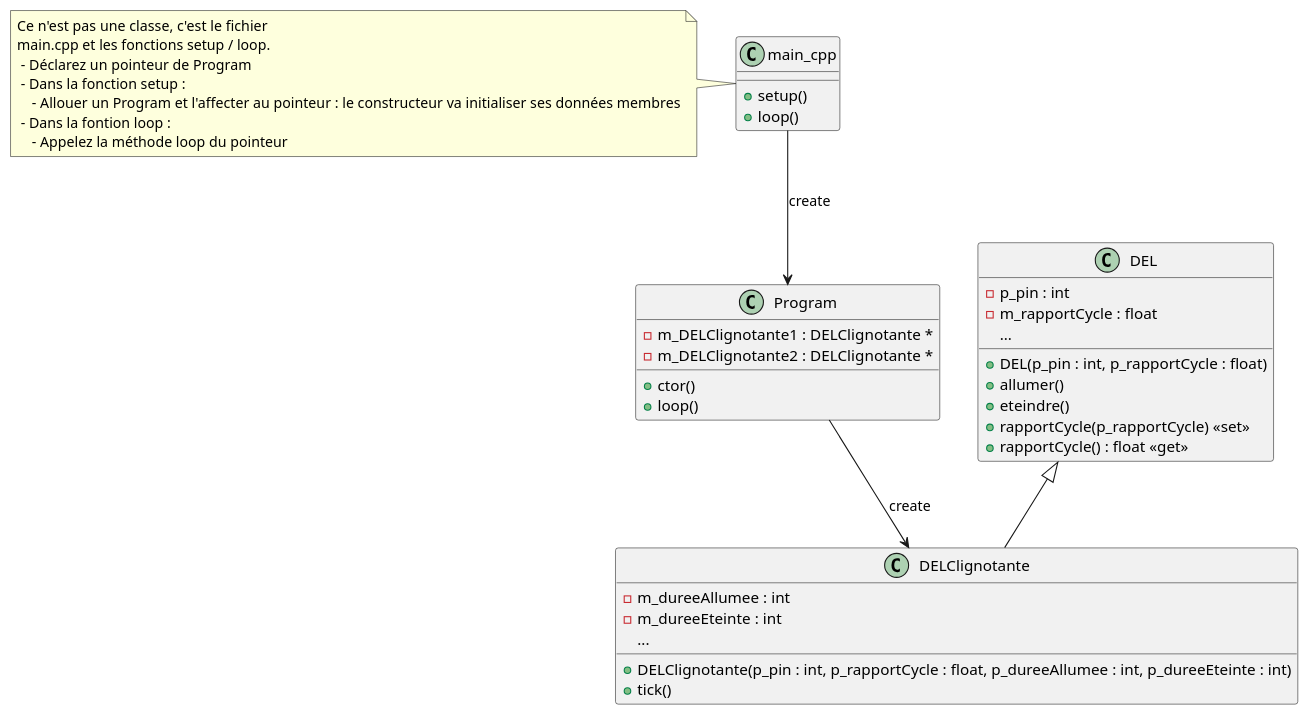
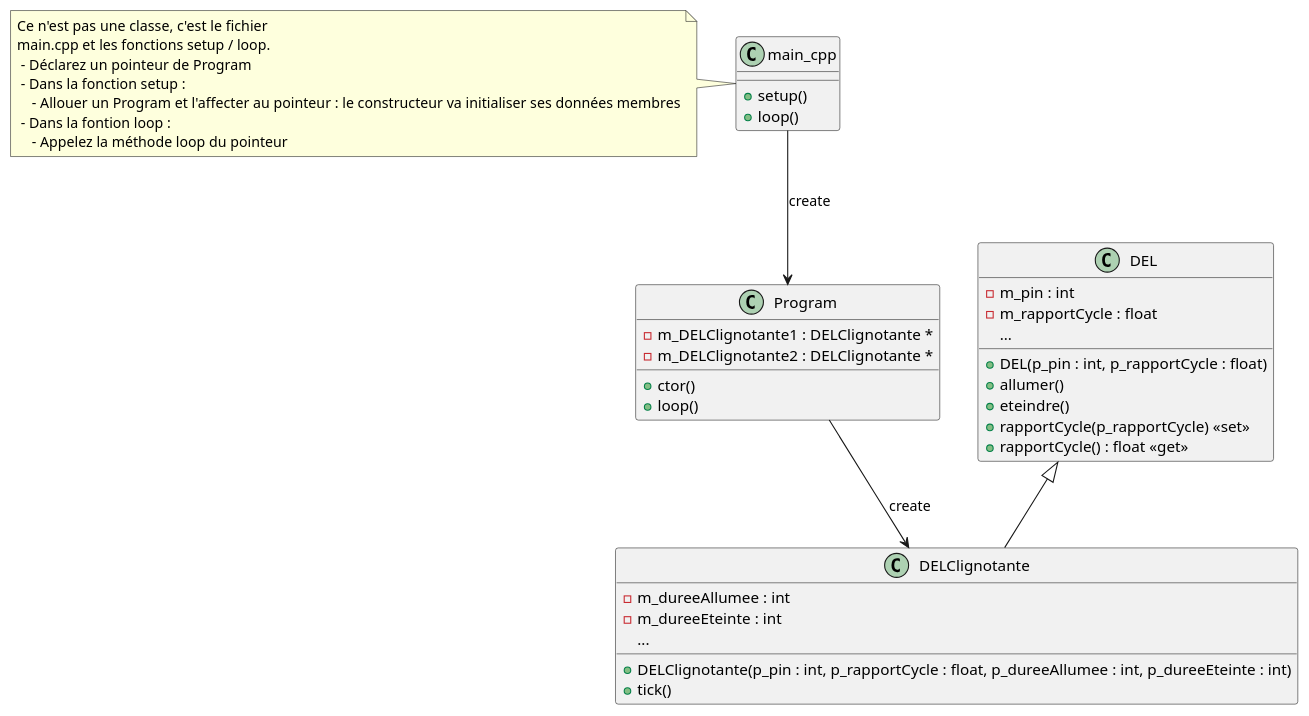
Before and after one commit to PiFou86/420-W48-SF: the diagram in Module04_ProgrammationSorties/diag/DELClignotante.wsd, drawn with PlantUML.

Commit message:
Rename p_pin to m_pin in DEL class

```diff
--- a/Module04_ProgrammationSorties/diag/DELClignotante.wsd
+++ b/Module04_ProgrammationSorties/diag/DELClignotante.wsd
@@ -1,49 +1,49 @@
 @startuml DELClignotante_diagclasses
 
 class "main_cpp" {
     + setup()
     + loop()
 }
 
 note left of main_cpp 
     Ce n'est pas une classe, c'est le fichier
     main.cpp et les fonctions setup / loop.
      - Déclarez un pointeur de Program
      - Dans la fonction setup : 
         - Allouer un Program et l'affecter au pointeur : le constructeur va initialiser ses données membres
      - Dans la fontion loop :
         - Appelez la méthode loop du pointeur
 end note
 
 class Program {
     - m_DELClignotante1 : DELClignotante *
     - m_DELClignotante2 : DELClignotante *
     + ctor()
     + loop()
 }
 
 class DEL {
-    - p_pin : int
+    - m_pin : int
     - m_rapportCycle : float
     ...
     + DEL(p_pin : int, p_rapportCycle : float)
     + allumer()
     + eteindre()
     + rapportCycle(p_rapportCycle) << set >>
     + rapportCycle() : float << get >>
 }
 
 class DELClignotante {
     - m_dureeAllumee : int
     - m_dureeEteinte : int
     ...
     + DELClignotante(p_pin : int, p_rapportCycle : float, p_dureeAllumee : int, p_dureeEteinte : int)
     + tick()
 }
 
 main_cpp --> Program : create
 Program --> DELClignotante : create
 
 DEL <|-- DELClignotante
 
 @enduml
```
